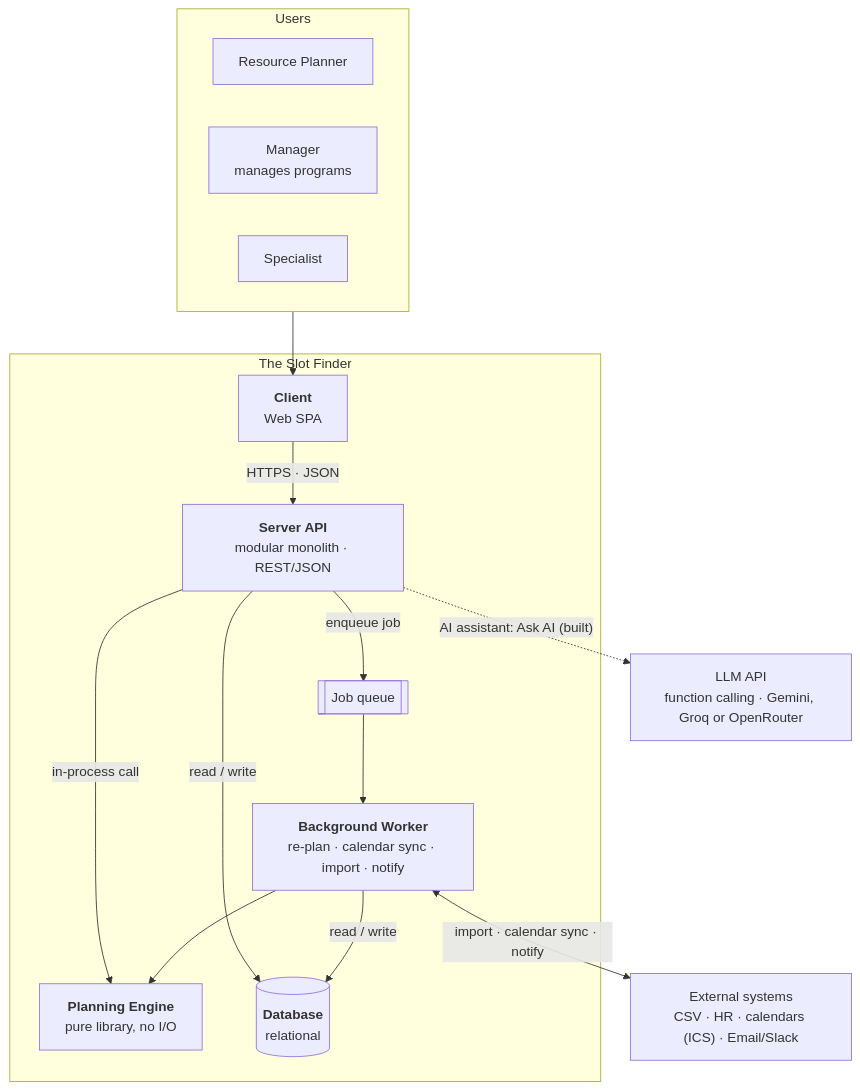
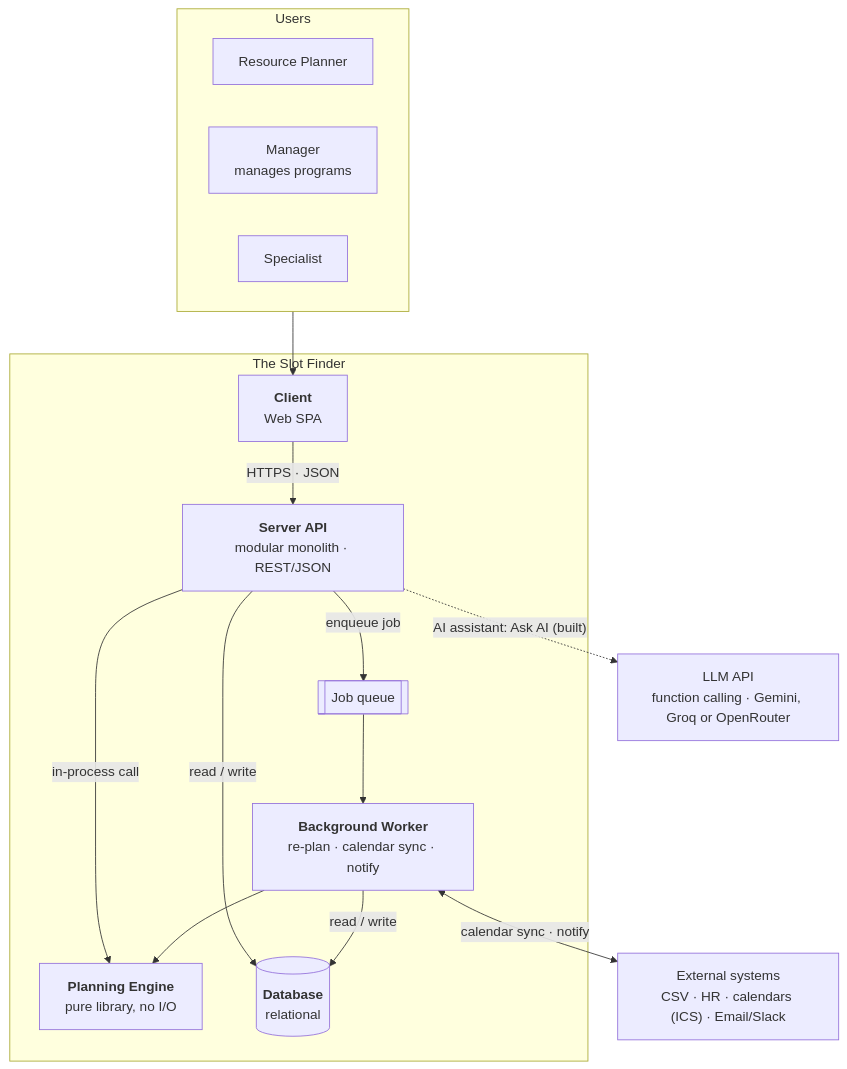
The second of 14 diagrams in README.md (dophnamm/the-slot-finder), drawn with Mermaid before and after one commit. The commit also changed other lines of this file and 8 other files, not shown here.

````diff
--- a/README.md
+++ b/README.md
@@ -84,31 +84,31 @@
 ```mermaid
 flowchart TB
   subgraph users["Users"]
     planner["Resource Planner"]
     lead["Manager<br/>manages programs"]
     spec["Specialist"]
   end
 
   subgraph sf["The Slot Finder"]
     client["<b>Client</b><br/>Web SPA"]
     api["<b>Server API</b><br/>modular monolith · REST/JSON"]
     engine["<b>Planning Engine</b><br/>pure library, no I/O"]
     queue[["Job queue"]]
-    worker["<b>Background Worker</b><br/>re-plan · calendar sync · import · notify"]
+    worker["<b>Background Worker</b><br/>re-plan · calendar sync · notify"]
     db[("<b>Database</b><br/>relational")]
   end
 
   ext["External systems<br/>CSV · HR · calendars (ICS) · Email/Slack"]
   llm["LLM API<br/>function calling · Gemini, Groq or OpenRouter"]
 
   users --> client
   client -->|"HTTPS · JSON"| api
   api -->|"in-process call"| engine
   api -->|"read / write"| db
   api -->|"enqueue job"| queue
   queue --> worker
   worker --> engine
   worker -->|"read / write"| db
-  worker <-->|"import · calendar sync · notify"| ext
+  worker <-->|"calendar sync · notify"| ext
   api -.->|"AI assistant: Ask AI (built)"| llm
 ```
````
